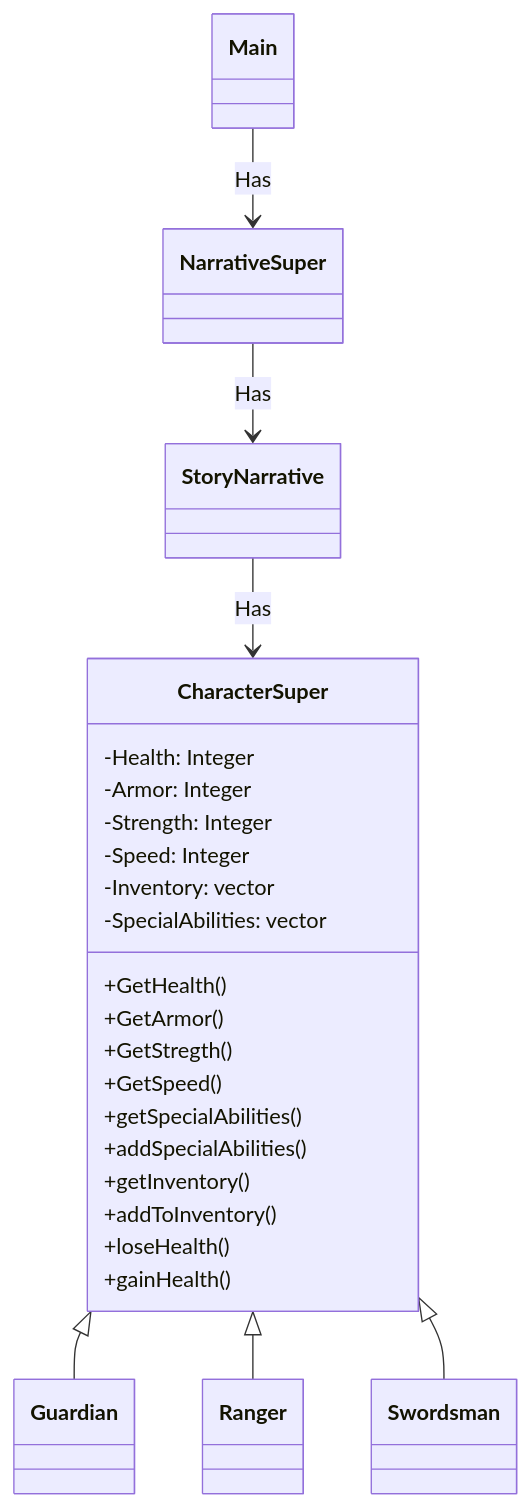
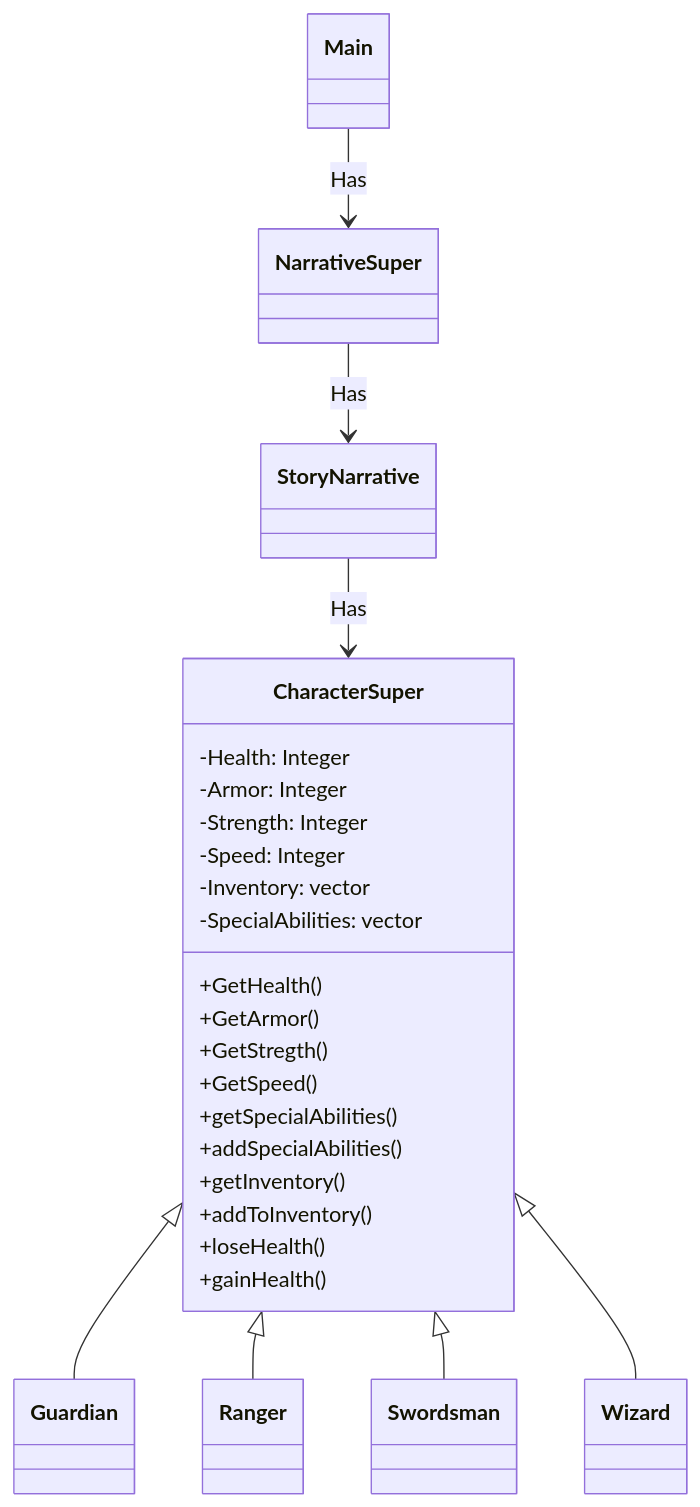
Before and after one commit to Canada101/sd: the first of 3 diagrams in README.md, drawn with Mermaid. The commit also changed 1 other file, not shown here.

Commit message:
Adding Wizard class into Logical view

````diff
--- a/README.md
+++ b/README.md
@@ -19,53 +19,58 @@
 ```mermaid
   classDiagram
     class NarrativeSuper {
 
     }
 
     class StoryNarrative{
 
     }
 
     class Main { 
      
     }
 
     class CharacterSuper{
       -Health: Integer
       -Armor: Integer
       -Strength: Integer
       -Speed: Integer
       -Inventory: vector<String>
       -SpecialAbilities: vector<String>
       +GetHealth()
       +GetArmor()
       +GetStregth()
       +GetSpeed()
       +getSpecialAbilities()
       +addSpecialAbilities()
       +getInventory()
       +addToInventory()
       +loseHealth()
       +gainHealth()
     }
 
     class Guardian{
 
     }
 
     class Swordsman{
 
     }
 
     class Ranger{
 
     }
 
+    class Wizard{
+
+    }
+
 
     Main --> NarrativeSuper : Has
     NarrativeSuper --> StoryNarrative : Has
     StoryNarrative --> CharacterSuper : Has
     CharacterSuper <|-- Guardian 
     CharacterSuper <|-- Ranger
     CharacterSuper <|-- Swordsman
+    CharacterSuper <|-- Wizard
 ```
````
